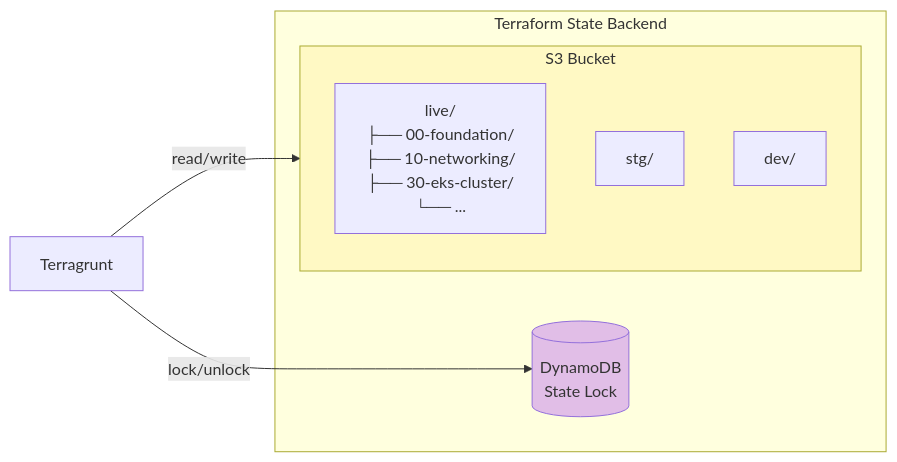
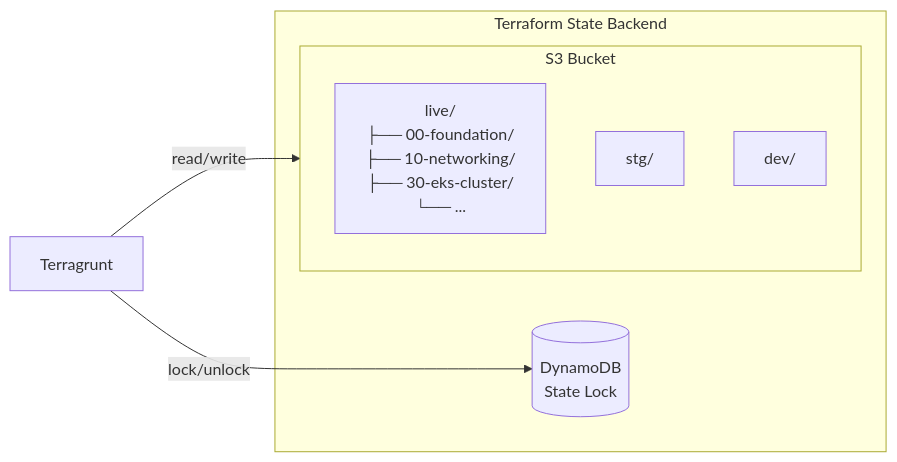
The sixth of 9 diagrams in docs/architecture.md (JSJ2337/AWS_EKS_terraform_code), drawn with Mermaid before and after one commit. The commit also changed other lines of this file, not shown here.

Commit message:
fix: Mermaid 다이어그램 컬러 스타일 제거

````diff
--- a/docs/architecture.md
+++ b/docs/architecture.md
@@ -249,18 +224,15 @@
 ```mermaid
 flowchart LR
     subgraph StateBackend["Terraform State Backend"]
         subgraph S3["S3 Bucket"]
             Live["live/<br/>├── 00-foundation/<br/>├── 10-networking/<br/>├── 30-eks-cluster/<br/>└── ..."]
             Stg["stg/"]
             Dev["dev/"]
         end
 
         DDB[(DynamoDB<br/>State Lock)]
     end
 
     TG[Terragrunt] -->|read/write| S3
     TG -->|lock/unlock| DDB
-
-    style S3 fill:#fff9c4
-    style DDB fill:#e1bee7
 ```
````
